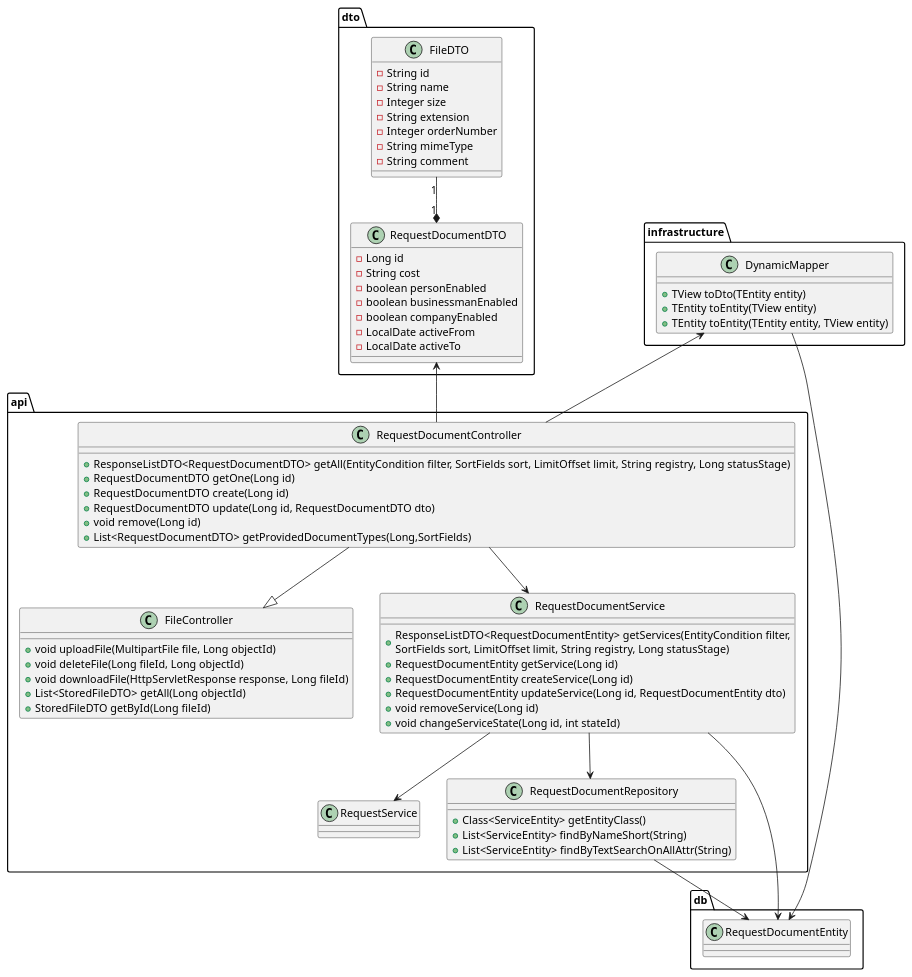
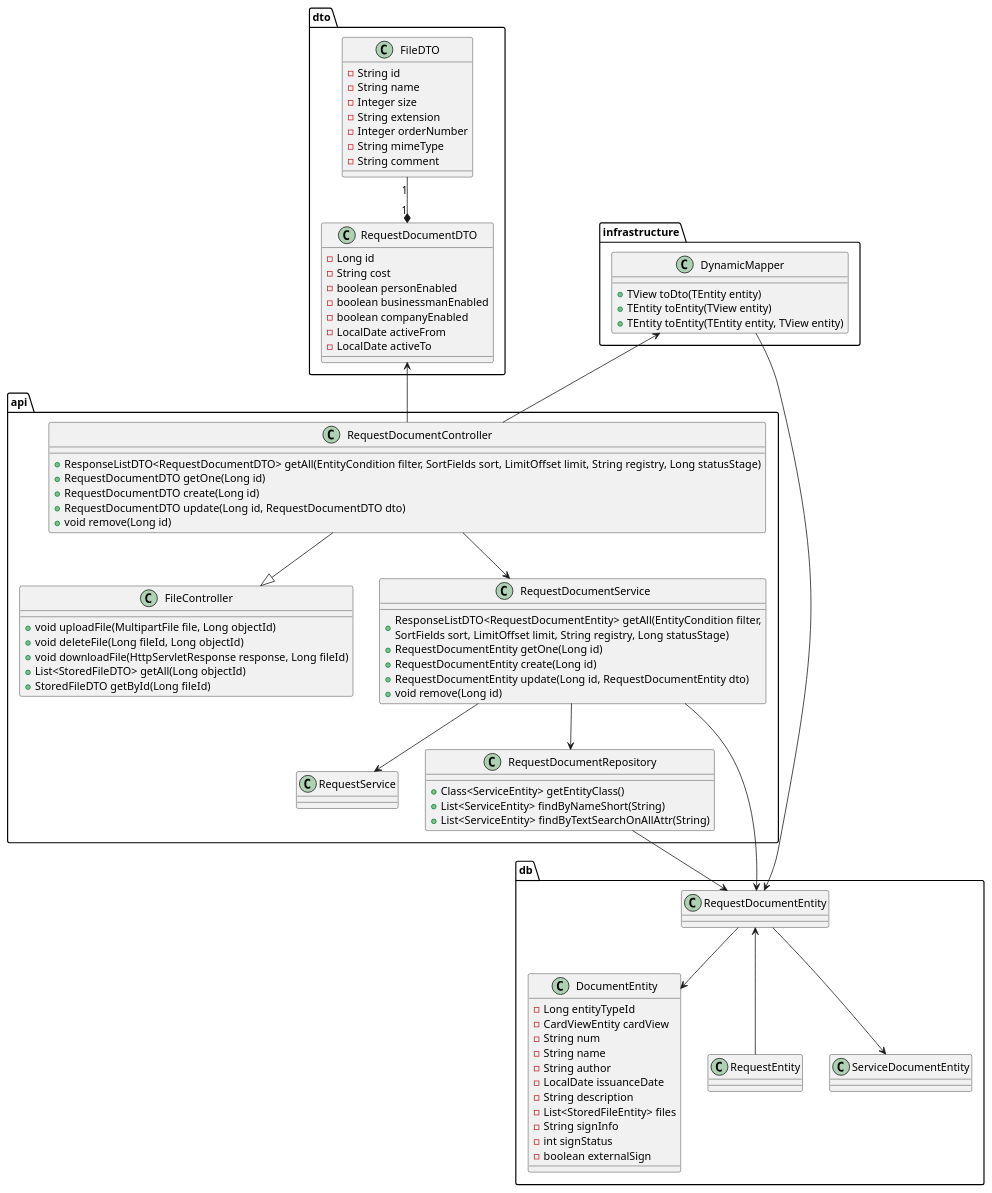
Before and after one commit to yespeace13/path-to-end: the diagram in api-classes-services-request-document.puml, drawn with PlantUML.

Commit message:
заявления

```diff
--- a/api-classes-services-request-document.puml
+++ b/api-classes-services-request-document.puml
@@ -1,80 +1,106 @@
 @startuml
 class api.FileController {
   + void uploadFile(MultipartFile file, Long objectId)
   + void deleteFile(Long fileId, Long objectId)
   + void downloadFile(HttpServletResponse response, Long fileId)
   + List<StoredFileDTO> getAll(Long objectId)
   + StoredFileDTO getById(Long fileId)
 }
 
 class api.RequestDocumentController {
   + ResponseListDTO<RequestDocumentDTO> getAll(EntityCondition filter, SortFields sort, LimitOffset limit, String registry, Long statusStage)
   + RequestDocumentDTO getOne(Long id)
   + RequestDocumentDTO create(Long id)
   + RequestDocumentDTO update(Long id, RequestDocumentDTO dto)
   + void remove(Long id)
-  + List<RequestDocumentDTO> getProvidedDocumentTypes(Long,SortFields)
 }
 class api.RequestService {
 
 }
 
 
 class api.RequestDocumentService {
-  + ResponseListDTO<RequestDocumentEntity> getServices(EntityCondition filter,\nSortFields sort, LimitOffset limit, String registry, Long statusStage)
-  + RequestDocumentEntity getService(Long id)
-  + RequestDocumentEntity createService(Long id)
-  + RequestDocumentEntity updateService(Long id, RequestDocumentEntity dto)
-  + void removeService(Long id)
-  + void changeServiceState(Long id, int stateId)
+  + ResponseListDTO<RequestDocumentEntity> getAll(EntityCondition filter,\nSortFields sort, LimitOffset limit, String registry, Long statusStage)
+  + RequestDocumentEntity getOne(Long id)
+  + RequestDocumentEntity create(Long id)
+  + RequestDocumentEntity update(Long id, RequestDocumentEntity dto)
+  + void remove(Long id)
 }
 
 class infrastructure.DynamicMapper {
   + TView toDto(TEntity entity)
   + TEntity toEntity(TView entity)
   + TEntity toEntity(TEntity entity, TView entity)
 }
 
 class dto.RequestDocumentDTO {
 - Long id
 - String cost
 - boolean personEnabled
 - boolean businessmanEnabled
 - boolean companyEnabled
 - LocalDate activeFrom
 - LocalDate activeTo
 }
 
 class dto.FileDTO {
 - String id
 - String name
 - Integer size
 - String extension
 - Integer orderNumber
 - String mimeType
 - String comment
 }
 RequestDocumentDTO "1" *-u- "1" FileDTO
 
 
 class api.RequestDocumentRepository {
 + Class<ServiceEntity> getEntityClass()
 + List<ServiceEntity> findByNameShort(String)
 + List<ServiceEntity> findByTextSearchOnAllAttr(String)
 }
 
-class db.RequestDocumentEntity {
+package db {
+  class RequestDocumentEntity {
+
+  }
+
+  class DocumentEntity {
+  - Long entityTypeId
+  - CardViewEntity cardView
+  - String num
+  - String name
+  - String author
+  - LocalDate issuanceDate
+  - String description
+  - List<StoredFileEntity> files
+  - String signInfo
+  - int signStatus
+  - boolean externalSign
+  }
+
+  class RequestEntity {
+
+  }
+
+  class ServiceDocumentEntity {
+  }
+
+  RequestDocumentEntity --> DocumentEntity
+  RequestDocumentEntity <-- RequestEntity
+  RequestDocumentEntity --> ServiceDocumentEntity
+
 }
-
 RequestDocumentController --|> FileController
 
 RequestDocumentController -u-> RequestDocumentDTO
 RequestDocumentController --> RequestDocumentService
 RequestDocumentController -u-> DynamicMapper
 RequestDocumentService --> RequestDocumentRepository
 RequestDocumentRepository --> RequestDocumentEntity
 RequestDocumentService --> RequestDocumentEntity
 DynamicMapper --> RequestDocumentEntity
 RequestDocumentService --> RequestService
 
 @enduml
```
